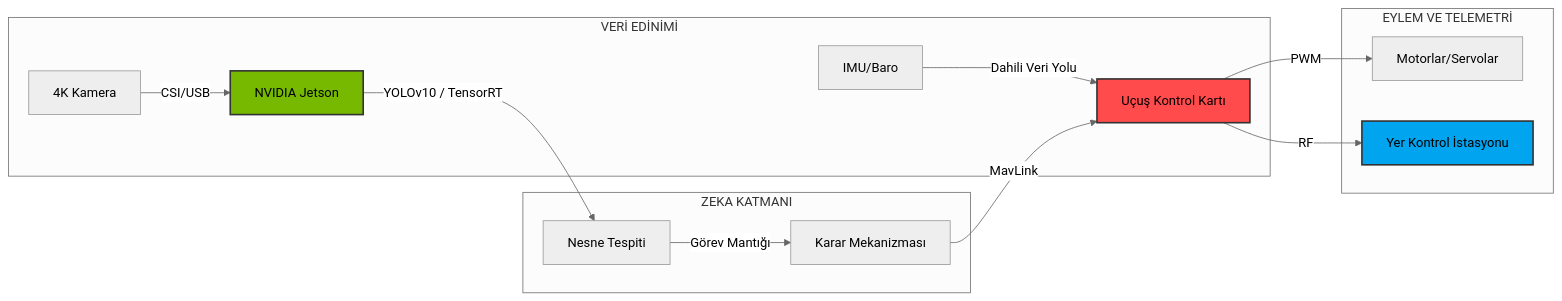
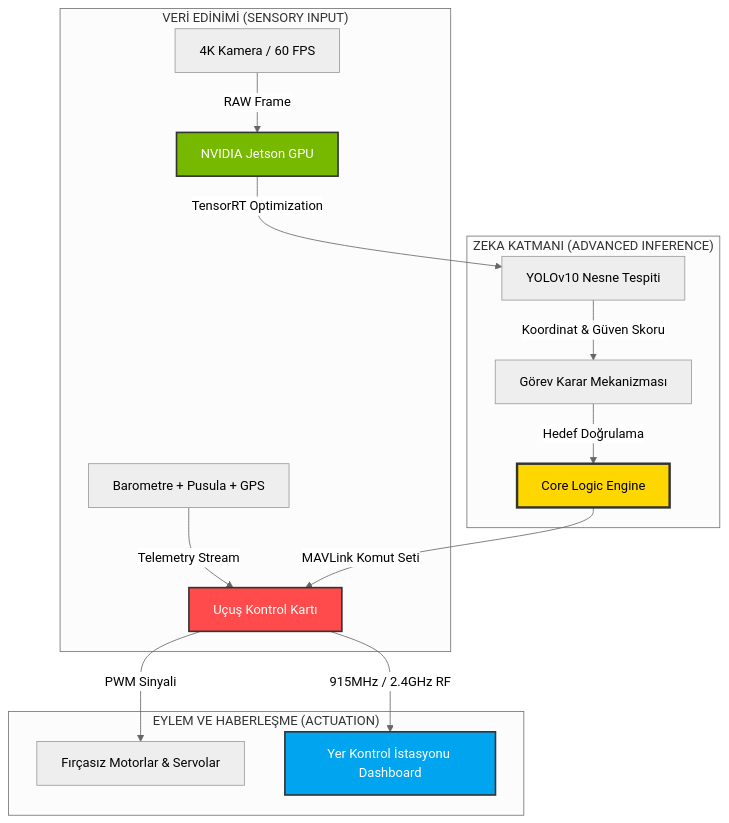
One commit to bahattinyunus/teknofest_uluslararasi_iha changed the diagram in README.md. Above: the diagram before and after it, drawn with Mermaid (neutral theme). The commit also changed other lines of this file, not shown here.

````diff
--- a/README.md
+++ b/README.md
@@ -71,22 +75,24 @@
 ```mermaid
-graph LR
-    subgraph "VERİ EDİNİMİ"
-        CAM[4K Kamera] -- CSI/USB --> GPU[NVIDIA Jetson]
-        SEN[IMU/Baro] -- Dahili Veri Yolu --> FC[Uçuş Kontrol Kartı]
+graph TD
+    subgraph "VERİ EDİNİMİ (SENSORY INPUT)"
+        CAM[4K Kamera / 60 FPS] -- "RAW Frame" --> GPU[NVIDIA Jetson GPU]
+        SEN[Barometre + Pusula + GPS] -- "Telemetry Stream" --> FC[Uçuş Kontrol Kartı]
     end
 
-    subgraph "ZEKA KATMANI"
-        GPU -- "YOLOv10 / TensorRT" --> AI[Nesne Tespiti]
-        AI -- "Görev Mantığı" --> DEC[Karar Mekanizması]
+    subgraph "ZEKA KATMANI (ADVANCED INFERENCE)"
+        GPU -- "TensorRT Optimization" --> AI[YOLOv10 Nesne Tespiti]
+        AI -- "Koordinat & Güven Skoru" --> DEC[Görev Karar Mekanizması]
+        DEC -- "Hedef Doğrulama" --> COR[Core Logic Engine]
     end
 
-    subgraph "EYLEM VE TELEMETRİ"
-        DEC -- MavLink --> FC
-        FC -- PWM --> PWM[Motorlar/Servolar]
-        FC -- RF --> GCS[Yer Kontrol İstasyonu]
+    subgraph "EYLEM VE HABERLEŞME (ACTUATION)"
+        COR -- "MAVLink Komut Seti" --> FC
+        FC -- "PWM Sinyali" --> PWM[Fırçasız Motorlar & Servolar]
+        FC -- "915MHz / 2.4GHz RF" --> GCS[Yer Kontrol İstasyonu Dashboard]
     end
 
-    style GPU fill:#76B900,stroke:#333,stroke-width:2px
-    style FC fill:#FF4B4B,stroke:#333,stroke-width:2px
-    style GCS fill:#00A4EF,stroke:#333,stroke-width:2px
+    style GPU fill:#76B900,stroke:#333,stroke-width:2px,color:#fff
+    style FC fill:#FF4B4B,stroke:#333,stroke-width:2px,color:#fff
+    style GCS fill:#00A4EF,stroke:#333,stroke-width:2px,color:#fff
+    style COR fill:#FFD700,stroke:#333,stroke-width:3px,color:#000
 ```
````
